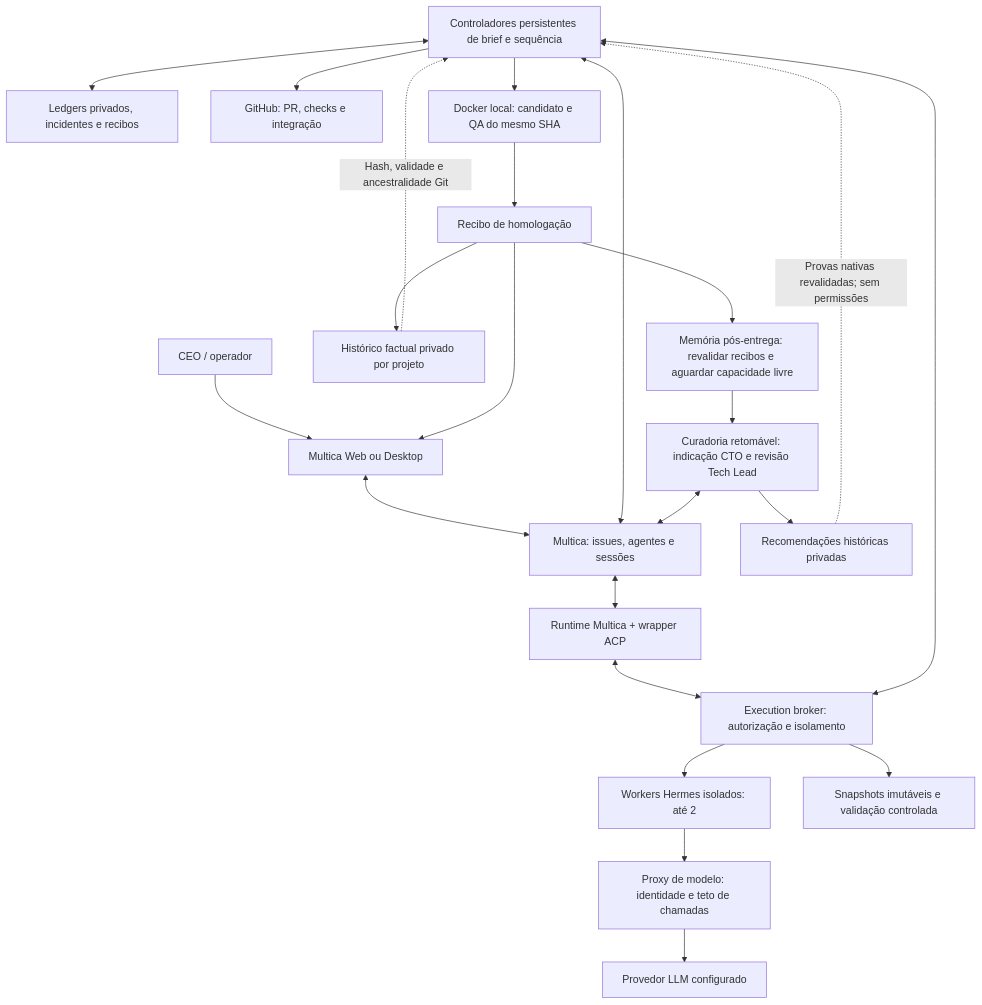
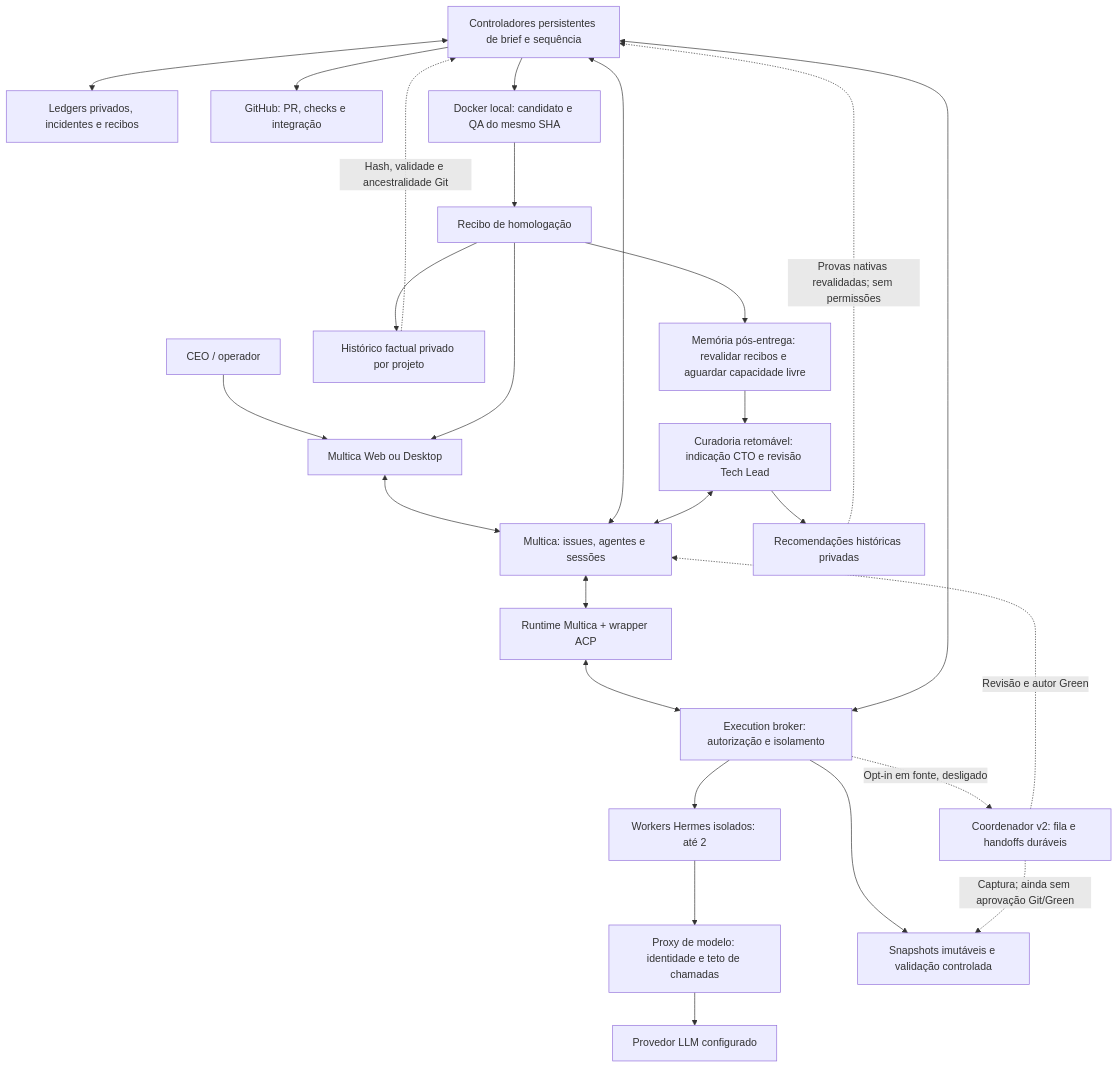
Before and after one commit to codifydeep/fabriquinha: the first of 8 diagrams in README.md, drawn with Mermaid. The commit also changed other lines of this file and 10 other files, not shown here.

````diff
--- a/README.md
+++ b/README.md
@@ -301,25 +311,28 @@
 ```mermaid
 flowchart TB
     CEO[CEO / operador] --> UI[Multica Web ou Desktop]
     UI <--> MC[Multica: issues, agentes e sessões]
     MC <--> RT[Runtime Multica + wrapper ACP]
     RT <--> B[Execution broker: autorização e isolamento]
     S[Controladores persistentes de brief e sequência] <--> MC
     S <--> B
     S <--> L[Ledgers privados, incidentes e recibos]
     B --> W[Workers Hermes isolados: até 2]
     W --> P[Proxy de modelo: identidade e teto de chamadas]
     P --> M[Provedor LLM configurado]
     B --> E[Snapshots imutáveis e validação controlada]
+    B -.->|Opt-in em fonte, desligado| V2[Coordenador v2: fila e handoffs duráveis]
+    V2 -.->|Revisão e autor Green| MC
+    V2 -.->|Captura; ainda sem aprovação Git/Green| E
     S --> GH[GitHub: PR, checks e integração]
     S --> QA[Docker local: candidato e QA do mesmo SHA]
     QA --> R[Recibo de homologação]
     R --> UI
     R --> HF[Histórico factual privado por projeto]
     HF -.->|Hash, validade e ancestralidade Git| S
     R --> MQ[Memória pós-entrega: revalidar recibos e aguardar capacidade livre]
     MQ --> C[Curadoria retomável: indicação CTO e revisão Tech Lead]
     C <--> MC
     C --> K[Recomendações históricas privadas]
     K -.->|Provas nativas revalidadas; sem permissões| S
 ```
````
